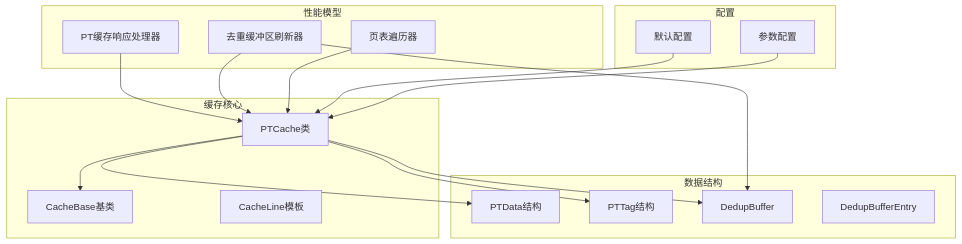
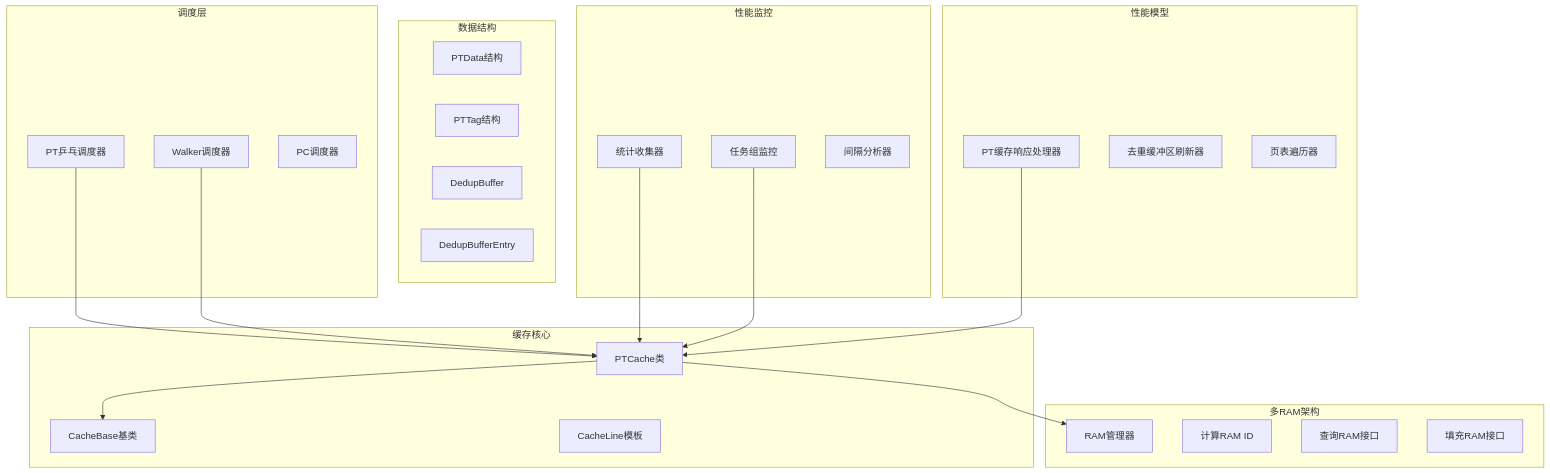
Before and after one commit to jiangjiang1122/iommu_model_20260401_v1: the first of 12 diagrams in .qoder/repowiki/zh/content/缓存系统/PT缓存（页表缓存）.md, drawn with Mermaid. The commit also changed other lines of this file and 186 other files, not shown here.

````diff
--- a/.qoder/repowiki/zh/content/缓存系统/PT缓存（页表缓存）.md
+++ b/.qoder/repowiki/zh/content/缓存系统/PT缓存（页表缓存）.md
@@ -39,33 +49,42 @@
 ```mermaid
 graph TB
 subgraph "缓存核心"
 PTCache[PTCache类]
 CacheBase[CacheBase基类]
 CacheLine[CacheLine模板]
 end
+subgraph "多RAM架构"
+RAMManager[RAM管理器]
+ComputeRamId[计算RAM ID]
+LookupPtRam[查询RAM接口]
+FillPtRam[填充RAM接口]
+end
+subgraph "调度层"
+PTScheduler[PT乒乓调度器]
+WalkerScheduler[Walker调度器]
+PCScheduler[PC调度器]
+end
 subgraph "数据结构"
 PTData[PTData结构]
 PTTag[PTTag结构]
 DedupBuffer[DedupBuffer]
 DedupBufferEntry[DedupBufferEntry]
 end
+subgraph "性能监控"
+StatsCollector[统计收集器]
+GroupMonitor[任务组监控]
+GapAnalyzer[间隔分析器]
+end
 subgraph "性能模型"
 PerfResponse[PT缓存响应处理器]
 PerfFlush[去重缓冲区刷新器]
 PerfPTW[页表遍历器]
 end
-subgraph "配置"
-DefaultConfig[默认配置]
-ParamConfig[参数配置]
-end
 PTCache --> CacheBase
-PTCache --> PTData
-PTCache --> PTTag
-PTCache --> DedupBuffer
+PTCache --> RAMManager
+PTScheduler --> PTCache
+WalkerScheduler --> PTCache
+StatsCollector --> PTCache
+GroupMonitor --> PTCache
 PerfResponse --> PTCache
-PerfFlush --> PTCache
-PerfFlush --> DedupBuffer
-PerfPTW --> PTCache
-DefaultConfig --> PTCache
-ParamConfig --> PTCache
 ```
````
